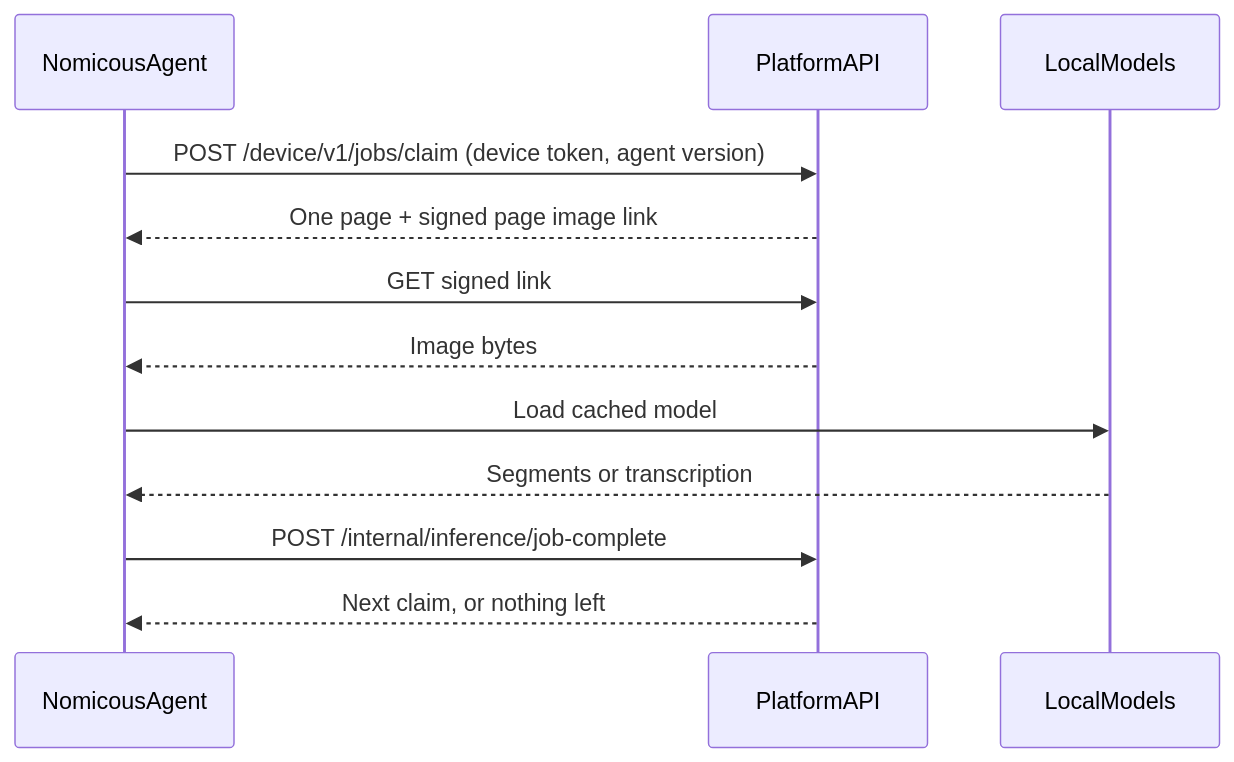
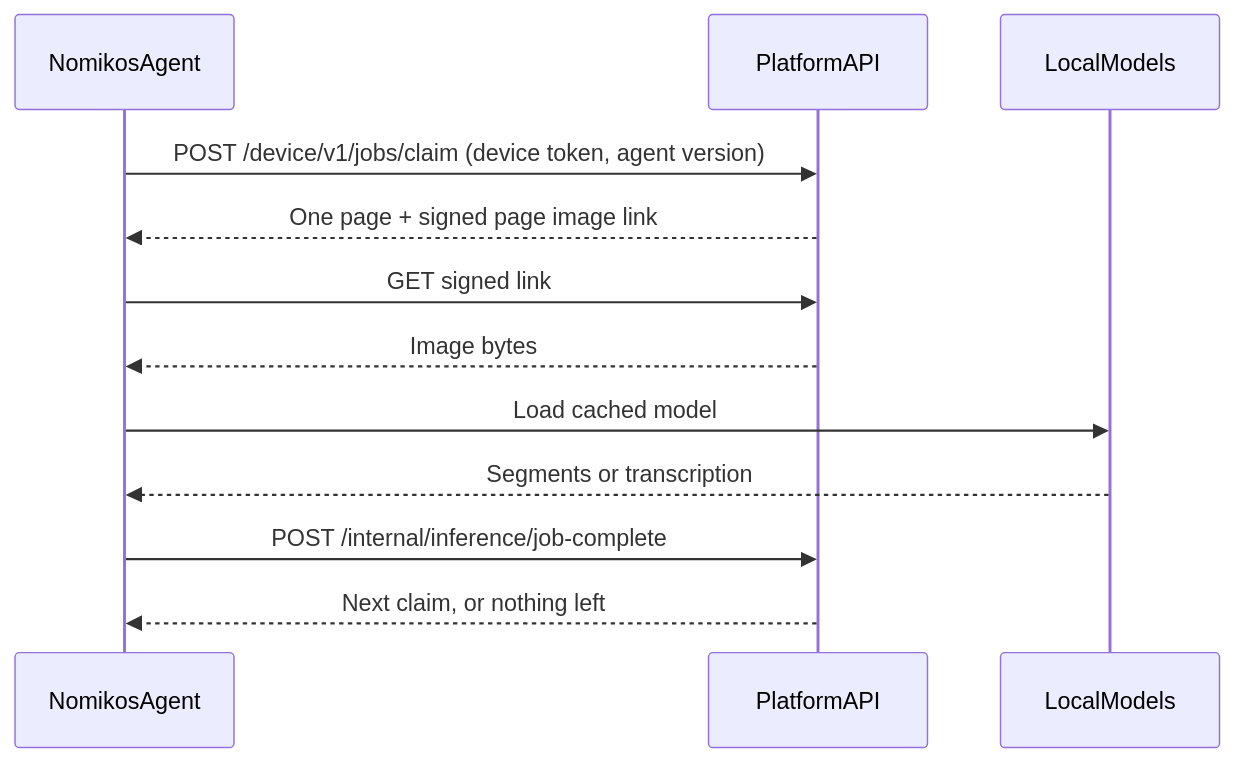
One commit to kkkamur07/greekOCR changed the fourth of 4 diagrams in docs/architecture.md. Above: the diagram before and after it, drawn with Mermaid. The commit also changed other lines of this file and 644 other files, not shown here.

First line of the commit message:
rename: nomicous -> nomikos, domain -> nomikos.app

````diff
--- a/docs/architecture.md
+++ b/docs/architecture.md
@@ -140,15 +140,15 @@
 ```mermaid
 sequenceDiagram
-    participant A as NomicousAgent
+    participant A as NomikosAgent
     participant API as PlatformAPI
     participant M as LocalModels
 
     A->>API: POST /device/v1/jobs/claim (device token, agent version)
     API-->>A: One page + signed page image link
     A->>API: GET signed link
     API-->>A: Image bytes
     A->>M: Load cached model
     M-->>A: Segments or transcription
     A->>API: POST /internal/inference/job-complete
     API-->>A: Next claim, or nothing left
 ```
````
